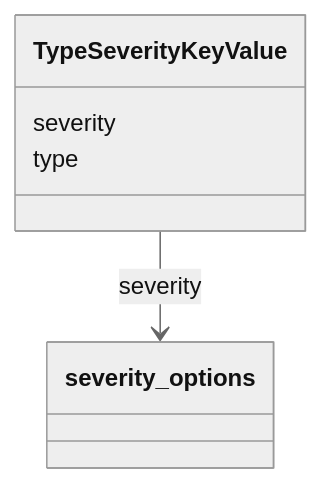
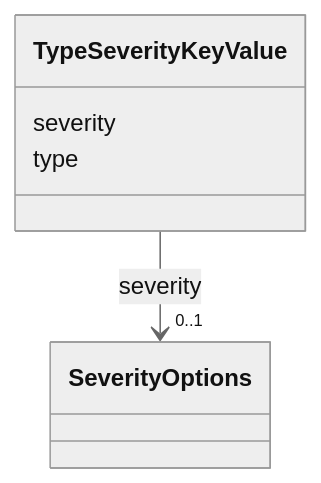
Before and after one commit to INCATools/ontology-access-kit: the diagram in validation/TypeSeverityKeyValue.md, drawn with Mermaid (neutral theme). The commit also changed other lines of this file and 3329 other files, not shown here.

````diff
--- a/validation/TypeSeverityKeyValue.md
+++ b/validation/TypeSeverityKeyValue.md
@@ -17,11 +19,17 @@
 ```{mermaid}
  classDiagram
     class TypeSeverityKeyValue
+    click TypeSeverityKeyValue href "../TypeSeverityKeyValue"
       TypeSeverityKeyValue : severity
         
-          TypeSeverityKeyValue --> severity_options : severity
+          
+    
+    
+    TypeSeverityKeyValue --> "0..1" SeverityOptions : severity
+    click SeverityOptions href "../SeverityOptions"
+
         
       TypeSeverityKeyValue : type
         
       
 ```
````
